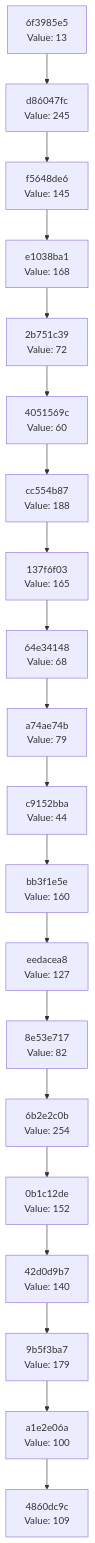
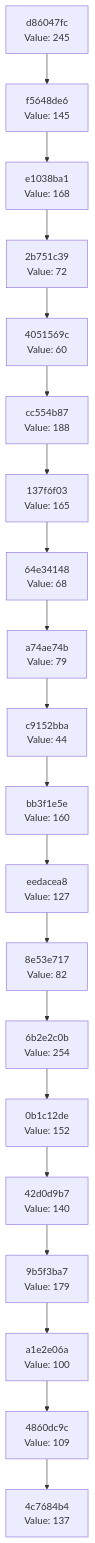
The diagram in docs/CHAIN_VISUALIZATION.md (Abhisheksinha1506/hash-chain-evolver), drawn with Mermaid before and after one commit. The commit also changed 1 other file, not shown here.

Commit message:
Evolution step: hash 0x89 → action executed

````diff
--- a/docs/CHAIN_VISUALIZATION.md
+++ b/docs/CHAIN_VISUALIZATION.md
@@ -3,42 +3,42 @@
 ```mermaid
 graph TD
-    C0["4860dc9c<br/>Value: 109"]
-    C1["a1e2e06a<br/>Value: 100"]
+    C0["4c7684b4<br/>Value: 137"]
+    C1["4860dc9c<br/>Value: 109"]
     C1 --> C0
-    C2["9b5f3ba7<br/>Value: 179"]
+    C2["a1e2e06a<br/>Value: 100"]
     C2 --> C1
-    C3["42d0d9b7<br/>Value: 140"]
+    C3["9b5f3ba7<br/>Value: 179"]
     C3 --> C2
-    C4["0b1c12de<br/>Value: 152"]
+    C4["42d0d9b7<br/>Value: 140"]
     C4 --> C3
-    C5["6b2e2c0b<br/>Value: 254"]
+    C5["0b1c12de<br/>Value: 152"]
     C5 --> C4
-    C6["8e53e717<br/>Value: 82"]
+    C6["6b2e2c0b<br/>Value: 254"]
     C6 --> C5
-    C7["eedacea8<br/>Value: 127"]
+    C7["8e53e717<br/>Value: 82"]
     C7 --> C6
-    C8["bb3f1e5e<br/>Value: 160"]
+    C8["eedacea8<br/>Value: 127"]
     C8 --> C7
-    C9["c9152bba<br/>Value: 44"]
+    C9["bb3f1e5e<br/>Value: 160"]
     C9 --> C8
-    C10["a74ae74b<br/>Value: 79"]
+    C10["c9152bba<br/>Value: 44"]
     C10 --> C9
-    C11["64e34148<br/>Value: 68"]
+    C11["a74ae74b<br/>Value: 79"]
     C11 --> C10
-    C12["137f6f03<br/>Value: 165"]
+    C12["64e34148<br/>Value: 68"]
     C12 --> C11
-    C13["cc554b87<br/>Value: 188"]
+    C13["137f6f03<br/>Value: 165"]
     C13 --> C12
-    C14["4051569c<br/>Value: 60"]
+    C14["cc554b87<br/>Value: 188"]
     C14 --> C13
-    C15["2b751c39<br/>Value: 72"]
+    C15["4051569c<br/>Value: 60"]
     C15 --> C14
-    C16["e1038ba1<br/>Value: 168"]
+    C16["2b751c39<br/>Value: 72"]
     C16 --> C15
-    C17["f5648de6<br/>Value: 145"]
+    C17["e1038ba1<br/>Value: 168"]
     C17 --> C16
-    C18["d86047fc<br/>Value: 245"]
+    C18["f5648de6<br/>Value: 145"]
     C18 --> C17
-    C19["6f3985e5<br/>Value: 13"]
+    C19["d86047fc<br/>Value: 245"]
     C19 --> C18
 ```
````
